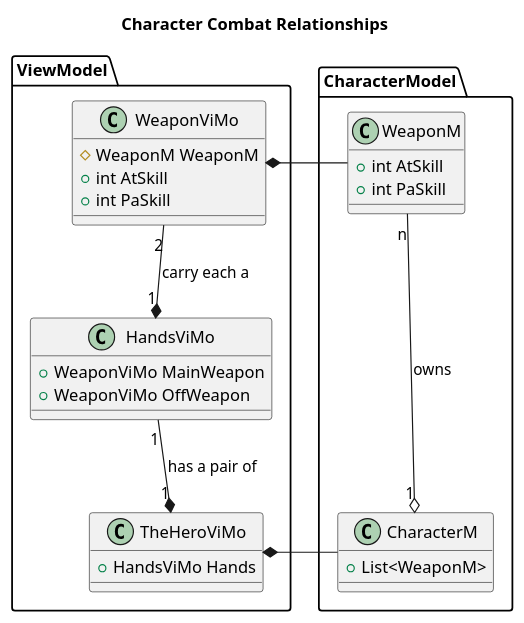
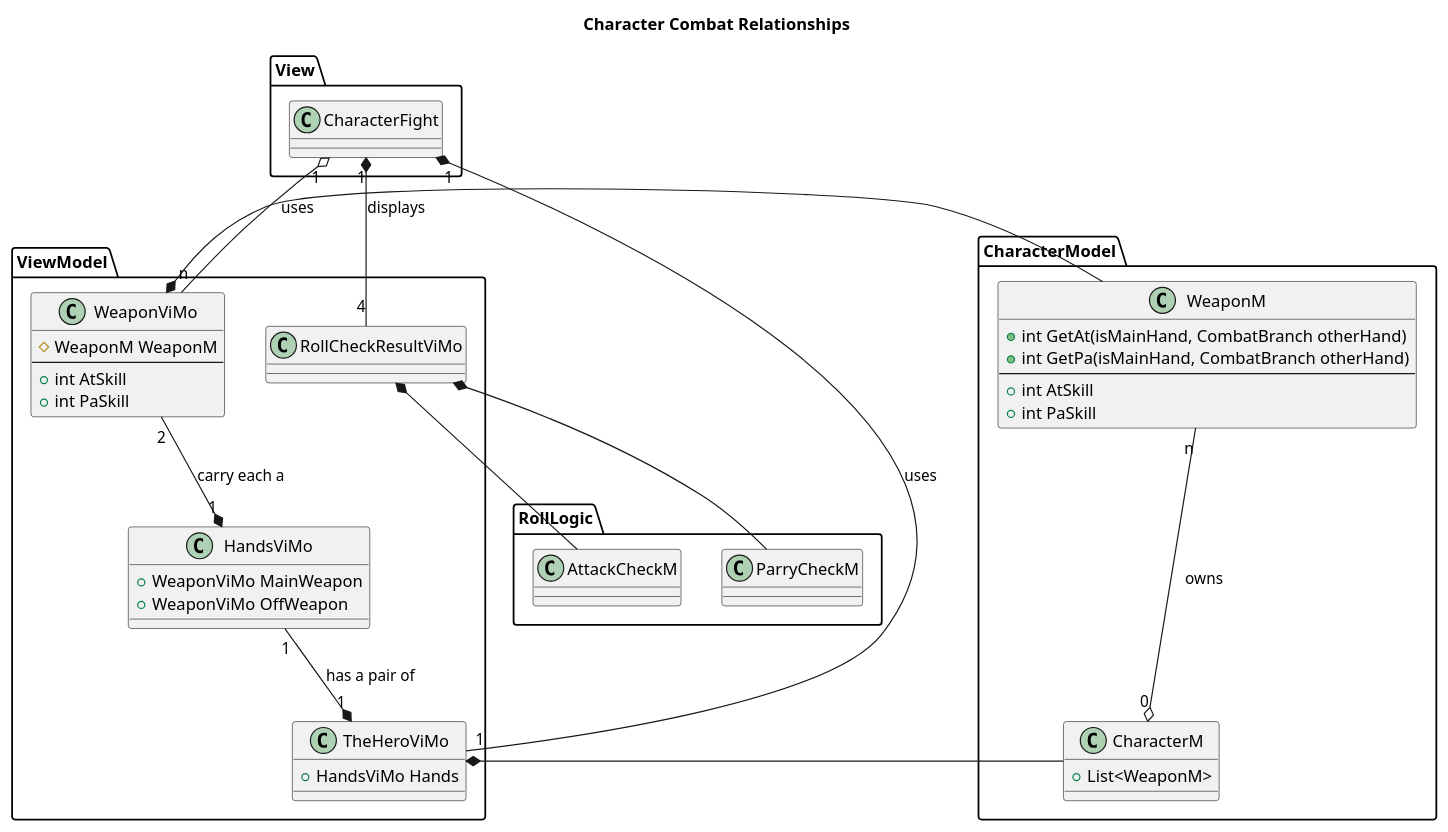
The diagram in doc/CharacterCombat.puml (SigurdJanson/FateExplorer), drawn with PlantUML before and after one commit.

Commit message:
Documented combat action values modified by left-hand or two-handed combat.

```diff
--- a/doc/CharacterCombat.puml
+++ b/doc/CharacterCombat.puml
@@ -1,44 +1,82 @@
 @startuml Combat
 
 title Character Combat Relationships
+
+'left to right direction
+'top to bottom direction
+
 
 namespace CharacterModel {
     class CharacterM {
       + List<WeaponM>
     }
 
-
     class WeaponM {
+      + int GetAt(isMainHand, CombatBranch otherHand)
+      + int GetPa(isMainHand, CombatBranch otherHand)
+      ----
       + int AtSkill
       + int PaSkill
     }
 }
+namespace RollLogic {
+  class AttackCheckM {}
+  class ParryCheckM {}
+}
+
 
 namespace ViewModel {
+    'class RollHandlerViMo {
+    '  +OpenCombatRollCheck(
+    '    CombatTech, Action, Weapon)
+    '}
+
+    class RollCheckResultViMo {
+
+    }
+
     class WeaponViMo {
       # WeaponM WeaponM
+      --
       + int AtSkill
       + int PaSkill
     }
 
     class HandsViMo {
       + WeaponViMo MainWeapon
       + WeaponViMo OffWeapon
     }
 
     class TheHeroViMo {
       + HandsViMo Hands
     }
 }
 
+namespace View {
+  class CharacterFight {
+
+  }
+}
+
+
+'ViewModel.RollHandlerViMo 
+
+ViewModel.RollCheckResultViMo *-- RollLogic.AttackCheckM
+ViewModel.RollCheckResultViMo *-- RollLogic.ParryCheckM
+View.CharacterFight "1" *-- "4" ViewModel.RollCheckResultViMo: displays
+
+View.CharacterFight "1" *-- "1" ViewModel.TheHeroViMo: uses
+' View.CharacterFight "1" *-right- "1" ViewModel.HandsViMo: uses
+View.CharacterFight "1" o-right- "n" ViewModel.WeaponViMo: uses
+
 
 ViewModel.WeaponViMo *-right- CharacterModel.WeaponM
-ViewModel.TheHeroViMo *-right- CharacterModel.CharacterM
+ViewModel.TheHeroViMo *--right-- CharacterModel.CharacterM
 
 ViewModel.TheHeroViMo "1" *-up- "1" ViewModel.HandsViMo: has a pair of
 ViewModel.HandsViMo "1" *-up- "2" ViewModel.WeaponViMo: carry each a
 
-CharacterModel.CharacterM "1" o-up-- "n" CharacterModel.WeaponM: owns
+CharacterModel.CharacterM "0" o-up-- "n" CharacterModel.WeaponM: owns
 
 
 @enduml
```
